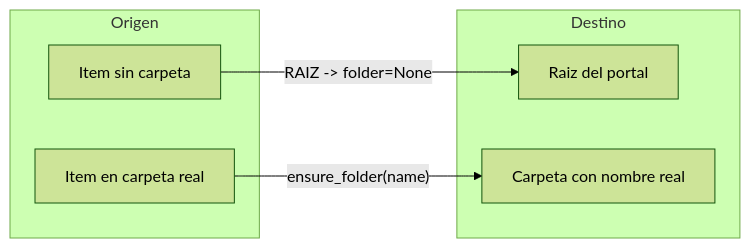
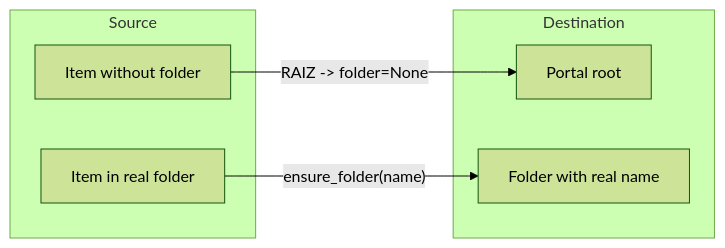
The second of 2 diagrams in docs/WORKFLOW.md (iodani/arcgis-portal-migration), drawn with Mermaid (forest theme) before and after one commit. The commit also changed other lines of this file and 1 other file, not shown here.

````diff
--- a/docs/WORKFLOW.md
+++ b/docs/WORKFLOW.md
@@ -186,13 +186,13 @@
 ```mermaid
 flowchart LR
-  subgraph origen [Origen]
-    RootItem[Item sin carpeta]
-    FolderItem[Item en carpeta real]
+  subgraph source [Source]
+    RootItem[Item without folder]
+    FolderItem[Item in real folder]
   end
-  subgraph destino [Destino]
-    PortalRoot[Raiz del portal]
-    RealFolder[Carpeta con nombre real]
+  subgraph destination [Destination]
+    PortalRoot[Portal root]
+    RealFolder[Folder with real name]
   end
   RootItem -->|"RAIZ -> folder=None"| PortalRoot
   FolderItem -->|"ensure_folder(name)"| RealFolder
 ```
````
